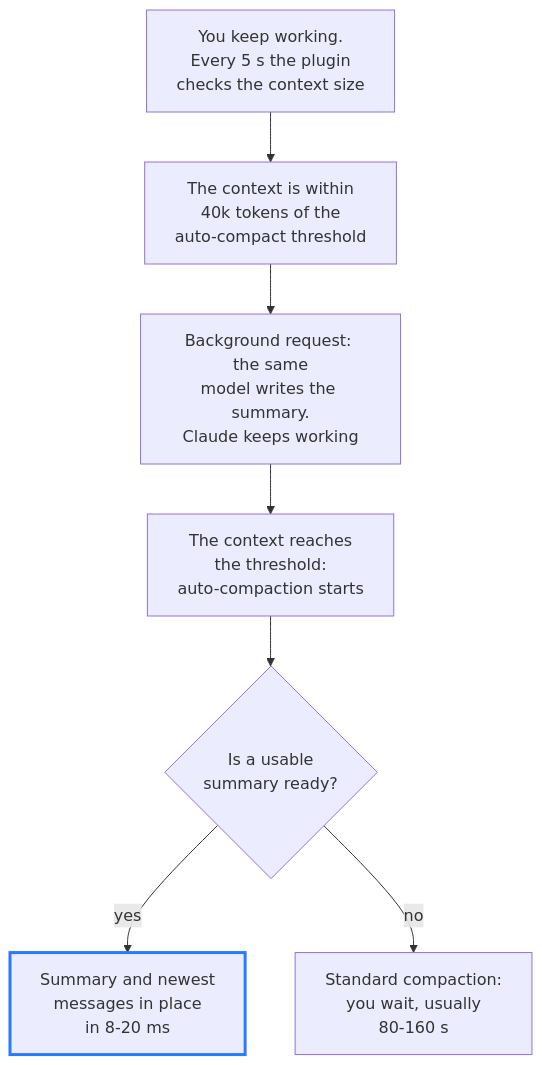
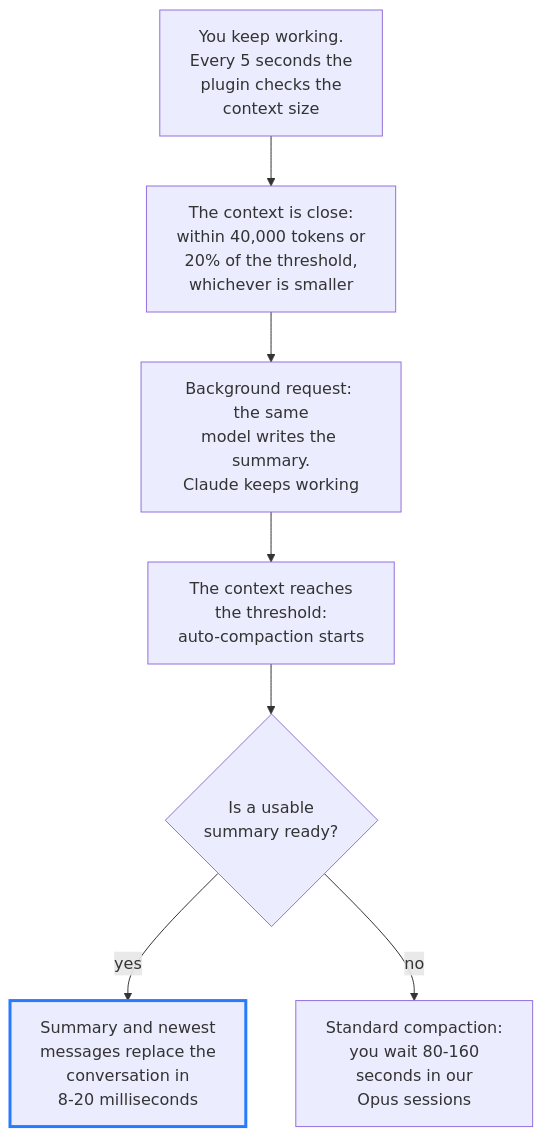
The diagram in assets/how-it-works.mmd (SocialBuzzStudio/live-compact), drawn with Mermaid before and after one commit. The commit also changed 3 other files, not shown here.

```diff
--- a/assets/how-it-works.mmd
+++ b/assets/how-it-works.mmd
@@ -1,13 +1,13 @@
 flowchart TD
-    A["You keep working.<br/>Every 5 s the plugin<br/>checks the context size"]
-    B["The context is within<br/>40k tokens of the<br/>auto-compact threshold"]
+    A["You keep working.<br/>Every 5 seconds the<br/>plugin checks the<br/>context size"]
+    B["The context is close:<br/>within 40,000 tokens or<br/>20% of the threshold,<br/>whichever is smaller"]
     C["Background request: the same<br/>model writes the summary.<br/>Claude keeps working"]
     D["The context reaches<br/>the threshold:<br/>auto-compaction starts"]
     E{"Is a usable<br/>summary ready?"}
-    F["Summary and newest<br/>messages in place<br/>in 8-20 ms"]
-    G["Standard compaction:<br/>you wait, usually<br/>80-160 s"]
+    F["Summary and newest<br/>messages replace the<br/>conversation in<br/>8-20 milliseconds"]
+    G["Standard compaction:<br/>you wait 80-160<br/>seconds in our<br/>Opus sessions"]
     A --> B --> C --> D --> E
     E -- yes --> F
     E -- no --> G
     classDef fast stroke:#287BFF,stroke-width:3px
     class F fast
```
